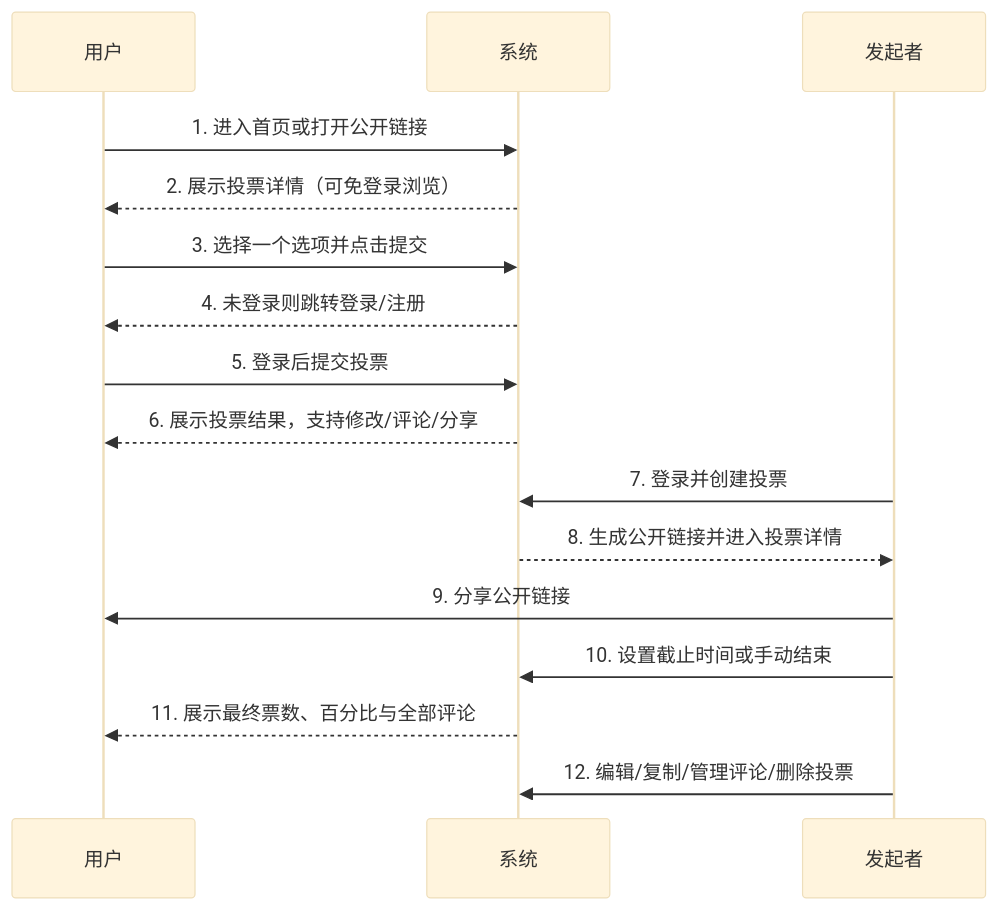
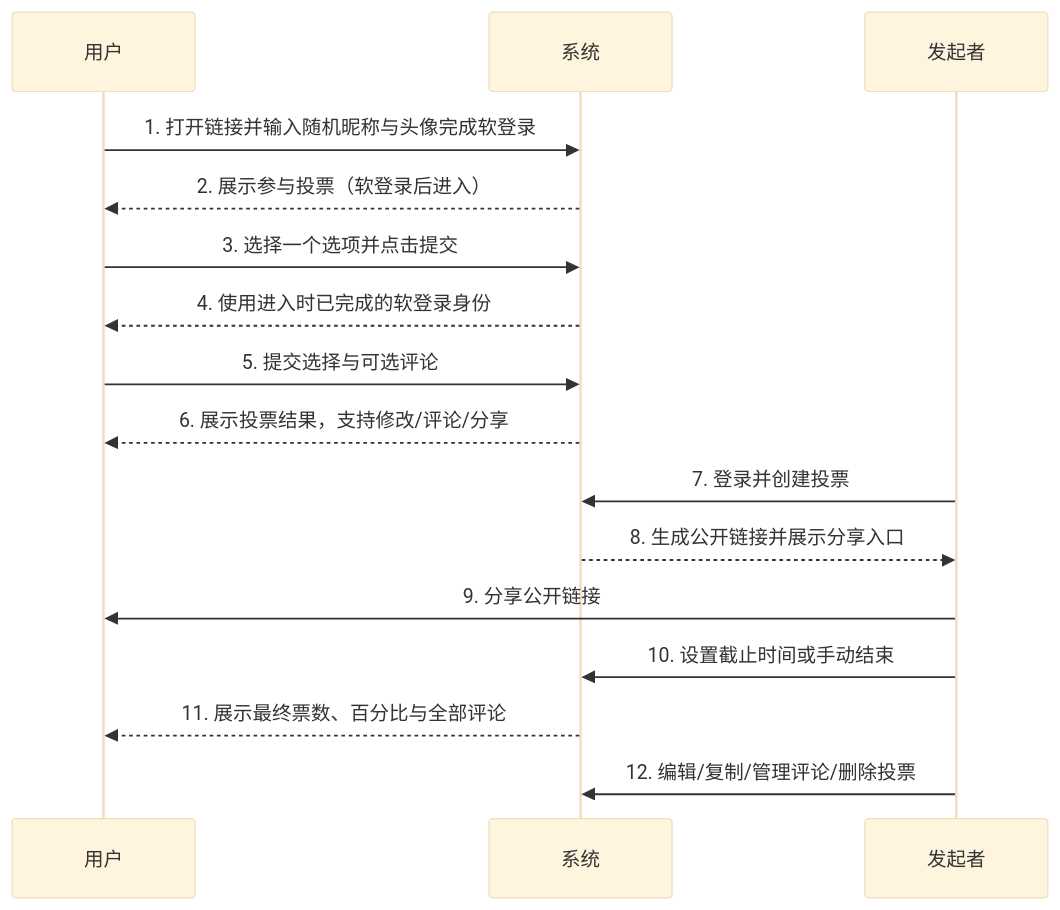
One commit to sd5913/The-Aliien-Repo changed the seventh of 7 diagrams in docs/PRD.md. Above: the diagram before and after it, drawn with Mermaid (base theme). The commit also changed other lines of this file and 2 other files, not shown here.

Commit message:
feat: update User Flow documentation to include soft login process and add English version

````diff
--- a/docs/PRD.md
+++ b/docs/PRD.md
@@ -368,19 +350,19 @@
 ```mermaid
 sequenceDiagram
     participant 用户
     participant 系统
     participant 发起者
 
-    用户->>系统: 1. 进入首页或打开公开链接
-    系统-->>用户: 2. 展示投票详情（可免登录浏览）
+    用户->>系统: 1. 打开链接并输入随机昵称与头像完成软登录
+    系统-->>用户: 2. 展示参与投票（软登录后进入）
     用户->>系统: 3. 选择一个选项并点击提交
-    系统-->>用户: 4. 未登录则跳转登录/注册
-    用户->>系统: 5. 登录后提交投票
+    系统-->>用户: 4. 使用进入时已完成的软登录身份
+    用户->>系统: 5. 提交选择与可选评论
     系统-->>用户: 6. 展示投票结果，支持修改/评论/分享
     发起者->>系统: 7. 登录并创建投票
-    系统-->>发起者: 8. 生成公开链接并进入投票详情
+    系统-->>发起者: 8. 生成公开链接并展示分享入口
     发起者->>用户: 9. 分享公开链接
     发起者->>系统: 10. 设置截止时间或手动结束
     系统-->>用户: 11. 展示最终票数、百分比与全部评论
     发起者->>系统: 12. 编辑/复制/管理评论/删除投票
 ```
````
